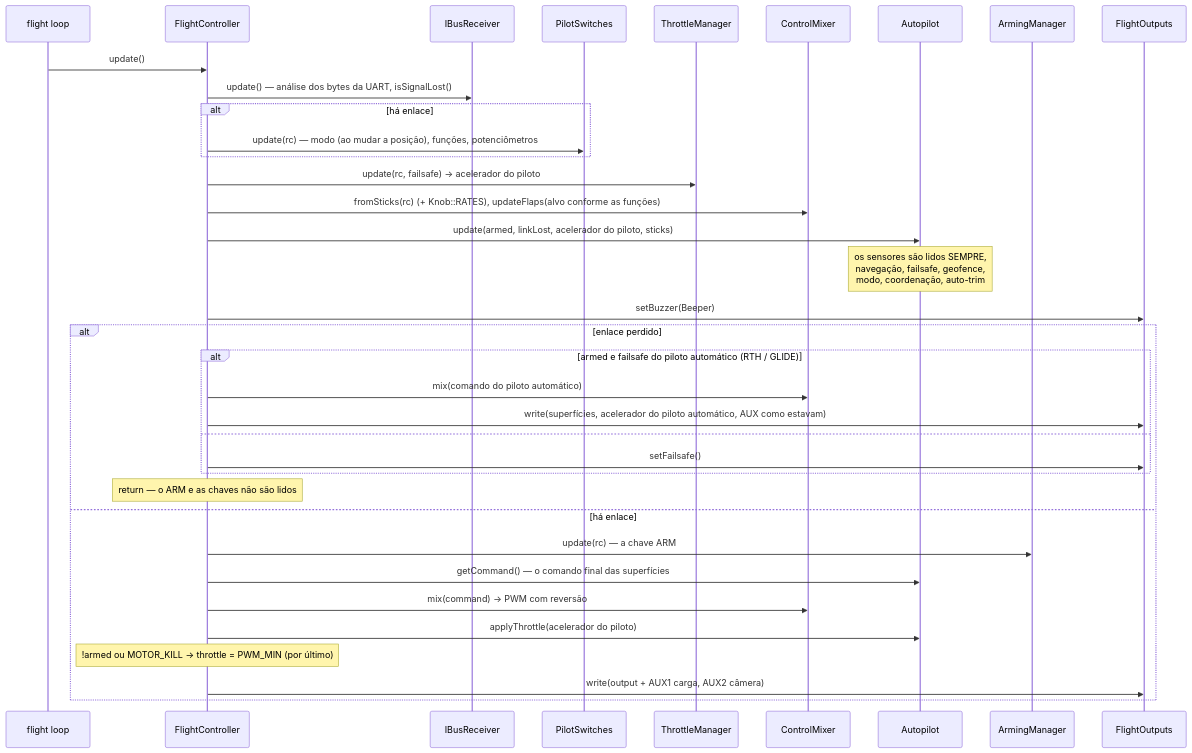
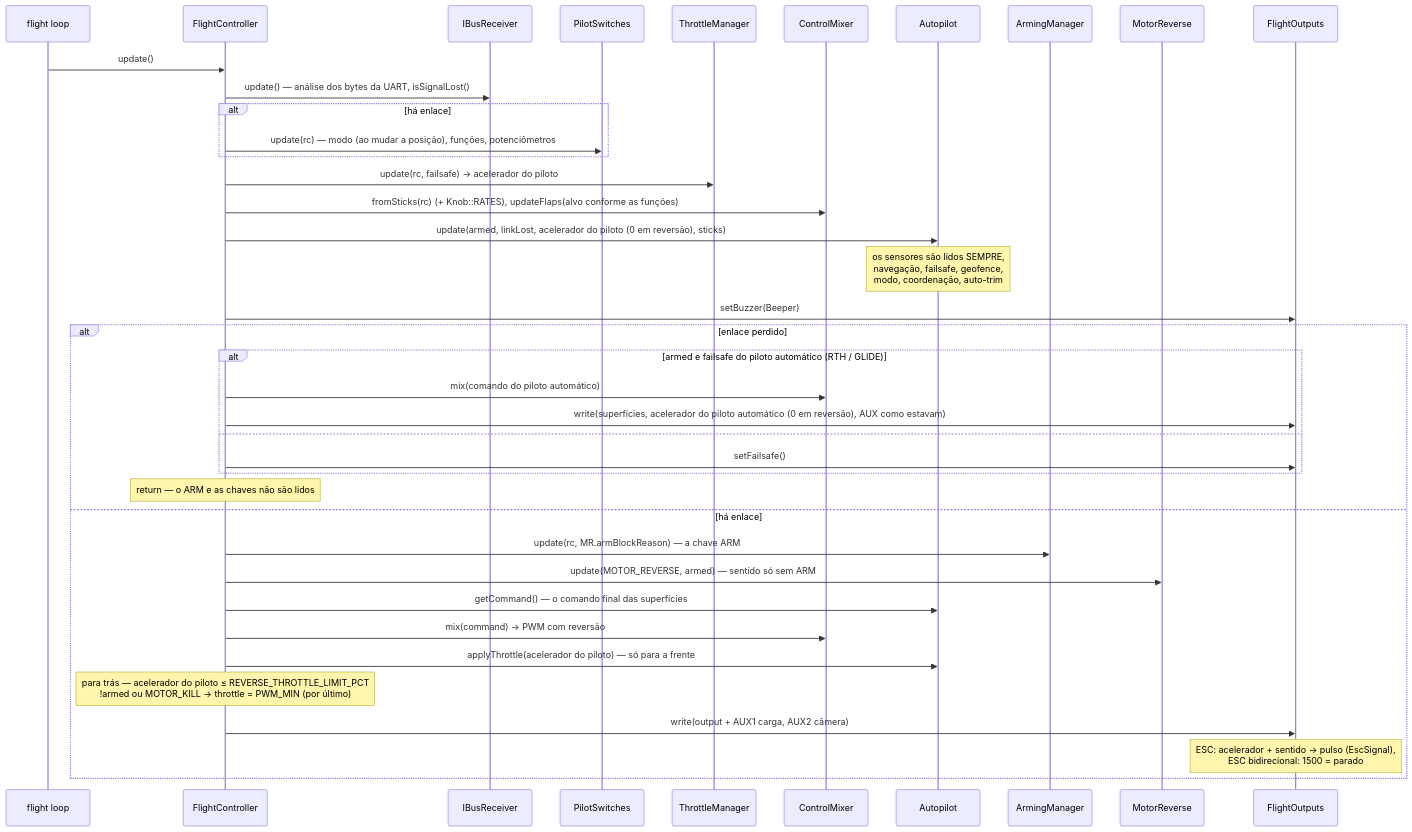
The sixth of 11 diagrams in docs/i18n/pt-BR/ARCHITECTURE.md (damir-lebedev/OpenPlaneProject), drawn with Mermaid before and after one commit. The commit also changed other lines of this file and 166 other files, not shown here.

First line of the commit message:
Make the bidirectional BLHeli 80A ESC the main one, with a disarm-only motor reverse

````diff
--- a/docs/i18n/pt-BR/ARCHITECTURE.md
+++ b/docs/i18n/pt-BR/ARCHITECTURE.md
@@ -355,39 +355,42 @@
 ```mermaid
 sequenceDiagram
     participant L as flight loop
     participant FC as FlightController
     participant RX as IBusReceiver
     participant SW as PilotSwitches
     participant TM as ThrottleManager
     participant MX as ControlMixer
     participant AP as Autopilot
     participant AM as ArmingManager
+    participant MR as MotorReverse
     participant OUT as FlightOutputs
 
     L->>FC: update()
     FC->>RX: update() — análise dos bytes da UART, isSignalLost()
     alt há enlace
         FC->>SW: update(rc) — modo (ao mudar a posição), funções, potenciômetros
     end
     FC->>TM: update(rc, failsafe) → acelerador do piloto
     FC->>MX: fromSticks(rc) (+ Knob::RATES), updateFlaps(alvo conforme as funções)
-    FC->>AP: update(armed, linkLost, acelerador do piloto, sticks)
+    FC->>AP: update(armed, linkLost, acelerador do piloto (0 em reversão), sticks)
     Note over AP: os sensores são lidos SEMPRE,<br/>navegação, failsafe, geofence,<br/>modo, coordenação, auto-trim
     FC->>OUT: setBuzzer(Beeper)
     alt enlace perdido
         alt armed e failsafe do piloto automático (RTH / GLIDE)
             FC->>MX: mix(comando do piloto automático)
-            FC->>OUT: write(superfícies, acelerador do piloto automático, AUX como estavam)
+            FC->>OUT: write(superfícies, acelerador do piloto automático (0 em reversão), AUX como estavam)
         else
             FC->>OUT: setFailsafe()
         end
         Note over FC: return — o ARM e as chaves não são lidos
     else há enlace
-        FC->>AM: update(rc) — a chave ARM
+        FC->>AM: update(rc, MR.armBlockReason) — a chave ARM
+        FC->>MR: update(MOTOR_REVERSE, armed) — sentido só sem ARM
         FC->>AP: getCommand() — o comando final das superfícies
         FC->>MX: mix(command) → PWM com reversão
-        FC->>AP: applyThrottle(acelerador do piloto)
-        Note over FC: !armed ou MOTOR_KILL → throttle = PWM_MIN (por último)
+        FC->>AP: applyThrottle(acelerador do piloto) — só para a frente
+        Note over FC: para trás — acelerador do piloto ≤ REVERSE_THROTTLE_LIMIT_PCT<br/>!armed ou MOTOR_KILL → throttle = PWM_MIN (por último)
         FC->>OUT: write(output + AUX1 carga, AUX2 câmera)
+        Note over OUT: ESC: acelerador + sentido → pulso (EscSignal),<br/>ESC bidirecional: 1500 = parado
     end
 ```
````
